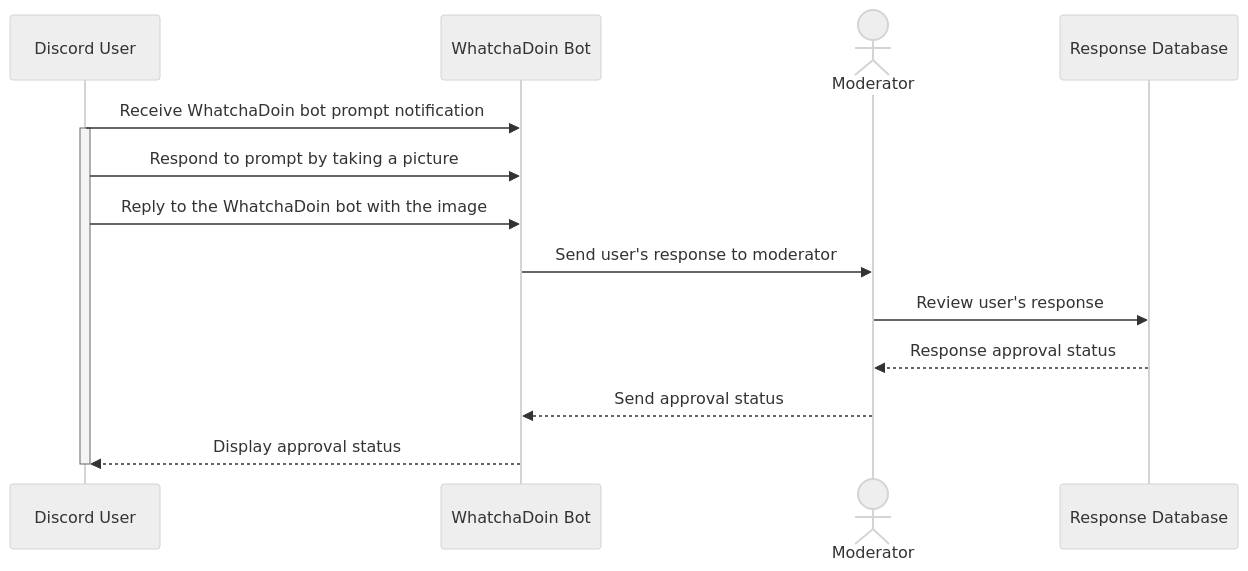
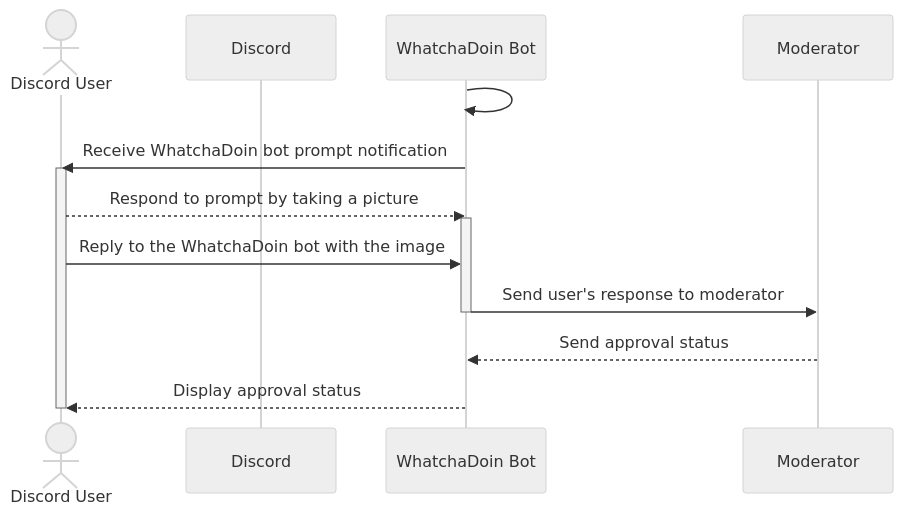
The fourth of 11 diagrams in documentation/docs/system-architecture/design.md (Capstone-Projects-2023-Fall/project-bereal-meets-slack), drawn with Mermaid (neutral theme) before and after one commit. The commit also changed other lines of this file, not shown here.

Commit message:
Update design.md
Use Case 2 done, Need to see why it wouldn't deploy so seeing if this will.

````diff
--- a/documentation/docs/system-architecture/design.md
+++ b/documentation/docs/system-architecture/design.md
@@ -260,20 +260,21 @@
 ```mermaid
 
 sequenceDiagram
-    participant User as Discord User
+    actor User as Discord User
+    participant Discord as Discord
     participant WhatchaDoinBot as WhatchaDoin Bot
-    actor Moderator as Moderator
-    participant Database as Response Database
+    participant Moderator as Moderator
 
-    User ->> WhatchaDoinBot: Receive WhatchaDoin bot prompt notification
+    WhatchaDoinBot ->> WhatchaDoinBot: 
+    WhatchaDoinBot ->> User: Receive WhatchaDoin bot prompt notification
     activate User
-    User ->> WhatchaDoinBot: Respond to prompt by taking a picture
+    User -->> WhatchaDoinBot: Respond to prompt by taking a picture
+    activate WhatchaDoinBot
     User ->> WhatchaDoinBot: Reply to the WhatchaDoin bot with the image
     WhatchaDoinBot ->> Moderator: Send user's response to moderator
-    Moderator ->> Database: Review user's response
-    Database -->> Moderator: Response approval status
+    deactivate WhatchaDoinBot
     Moderator -->> WhatchaDoinBot: Send approval status
     WhatchaDoinBot -->> User: Display approval status
     deactivate User
 
 ```
````
